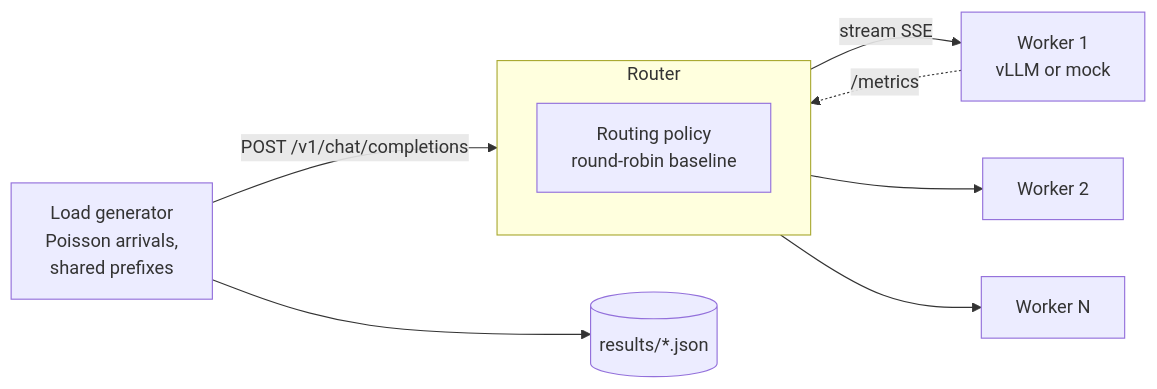
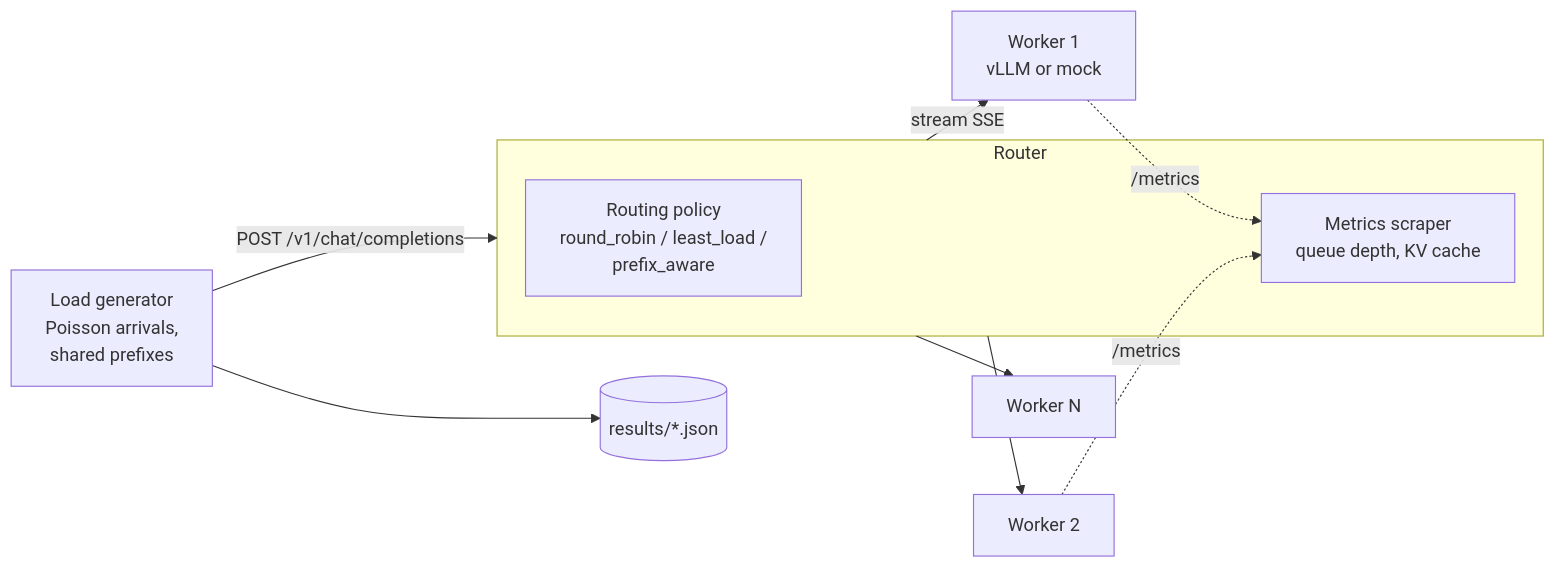
One commit to Mohamed101-4/llm-serving-platform changed the diagram in README.md. Above: the diagram before and after it, drawn with Mermaid. The commit also changed other lines of this file and 11 other files, not shown here.

First line of the commit message:
docs(phase2): policy comparison results, routing design notes

````diff
--- a/README.md
+++ b/README.md
@@ -12,12 +12,14 @@
 ```mermaid
 flowchart LR
     LG[Load generator<br/>Poisson arrivals,<br/>shared prefixes] -->|POST /v1/chat/completions| R
     subgraph R[Router]
-        P[Routing policy<br/>round-robin baseline]
+        P[Routing policy<br/>round_robin / least_load /<br/>prefix_aware]
+        S[Metrics scraper<br/>queue depth, KV cache]
     end
     R -->|stream SSE| W1[Worker 1<br/>vLLM or mock]
     R --> W2[Worker 2]
     R --> W3[Worker N]
-    W1 -. /metrics .-> R
+    W1 -. /metrics .-> S
+    W2 -. /metrics .-> S
     LG --> J[(results/*.json)]
 ```
````
